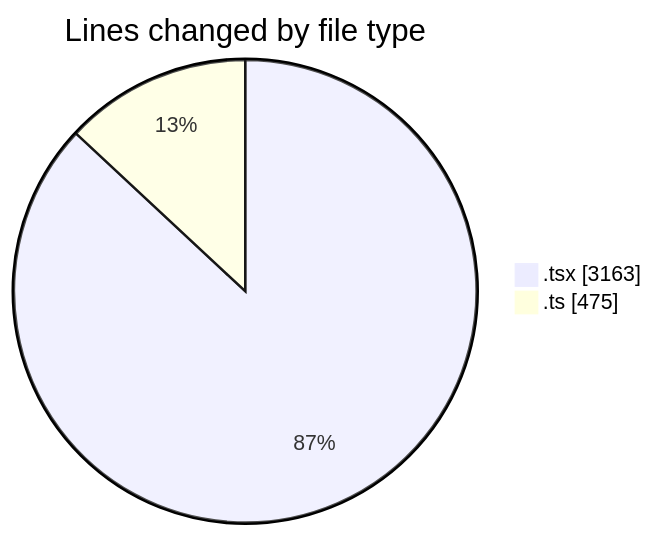
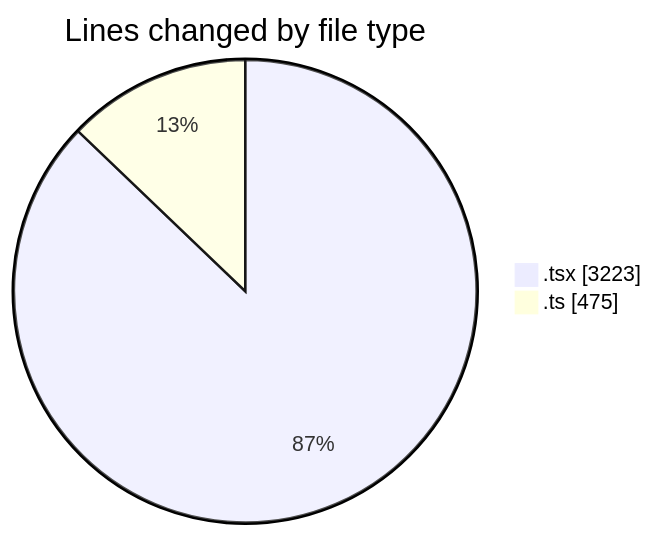
The first of 2 diagrams in 2026-03-10/nxtqube_webapp/README.md (nxtqubesakshisongat/code-tracking), drawn with Mermaid before and after one commit. The commit also changed other lines of this file and 1 other file, not shown here.

````diff
--- a/2026-03-10/nxtqube_webapp/README.md
+++ b/2026-03-10/nxtqube_webapp/README.md
@@ -25,6 +25,6 @@
 ```mermaid
 pie showData
 title Lines changed by file type
-".tsx" : 3163
+".tsx" : 3223
 ".ts" : 475
 ```
````
